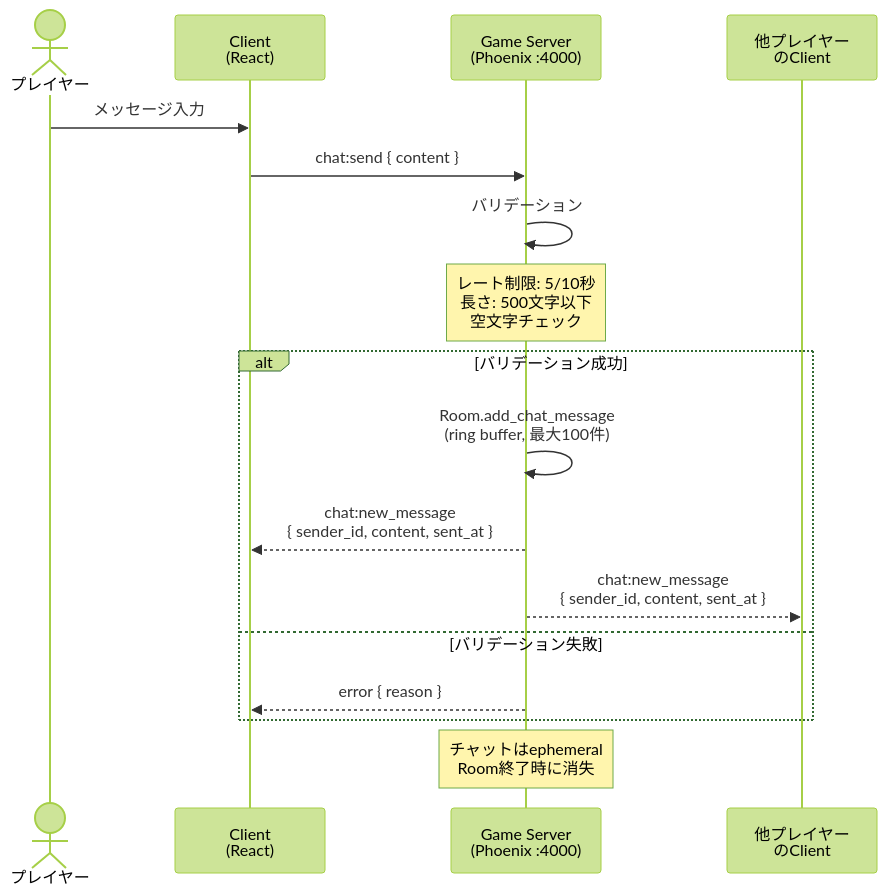
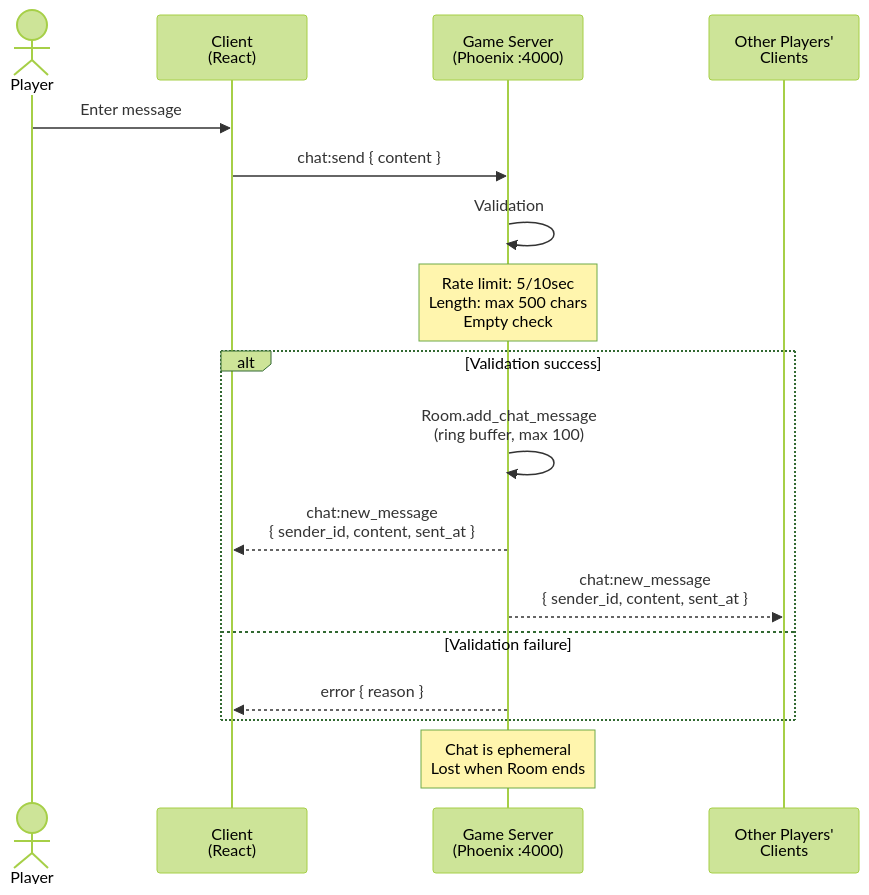
Before and after one commit to naokirin/room-based-multiplayer-poc: the fifth of 8 diagrams in docs/sequences.md, drawn with Mermaid (forest theme). The commit also changed other lines of this file and 3 other files, not shown here.

````diff
--- a/docs/sequences.md
+++ b/docs/sequences.md
@@ -173,23 +173,23 @@
 ```mermaid
 sequenceDiagram
-    actor Player as プレイヤー
+    actor Player as Player
     participant Client as Client<br/>(React)
     participant Game as Game Server<br/>(Phoenix :4000)
-    participant Others as 他プレイヤー<br/>のClient
+    participant Others as Other Players'<br/>Clients
 
-    Player->>Client: メッセージ入力
+    Player->>Client: Enter message
     Client->>Game: chat:send { content }
 
-    Game->>Game: バリデーション
-    Note over Game: レート制限: 5/10秒<br/>長さ: 500文字以下<br/>空文字チェック
+    Game->>Game: Validation
+    Note over Game: Rate limit: 5/10sec<br/>Length: max 500 chars<br/>Empty check
 
-    alt バリデーション成功
-        Game->>Game: Room.add_chat_message<br/>(ring buffer, 最大100件)
+    alt Validation success
+        Game->>Game: Room.add_chat_message<br/>(ring buffer, max 100)
         Game-->>Client: chat:new_message<br/>{ sender_id, content, sent_at }
         Game-->>Others: chat:new_message<br/>{ sender_id, content, sent_at }
-    else バリデーション失敗
+    else Validation failure
         Game-->>Client: error { reason }
     end
 
-    Note over Game: チャットはephemeral<br/>Room終了時に消失
+    Note over Game: Chat is ephemeral<br/>Lost when Room ends
 ```
````
